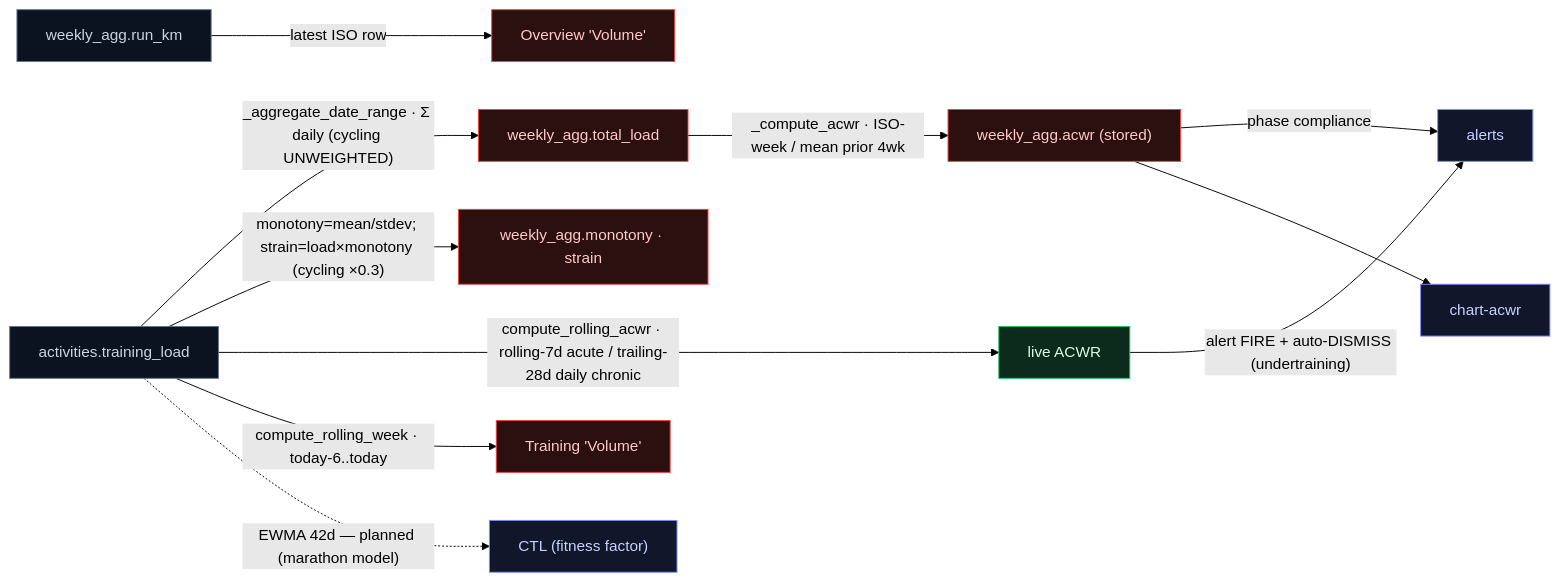
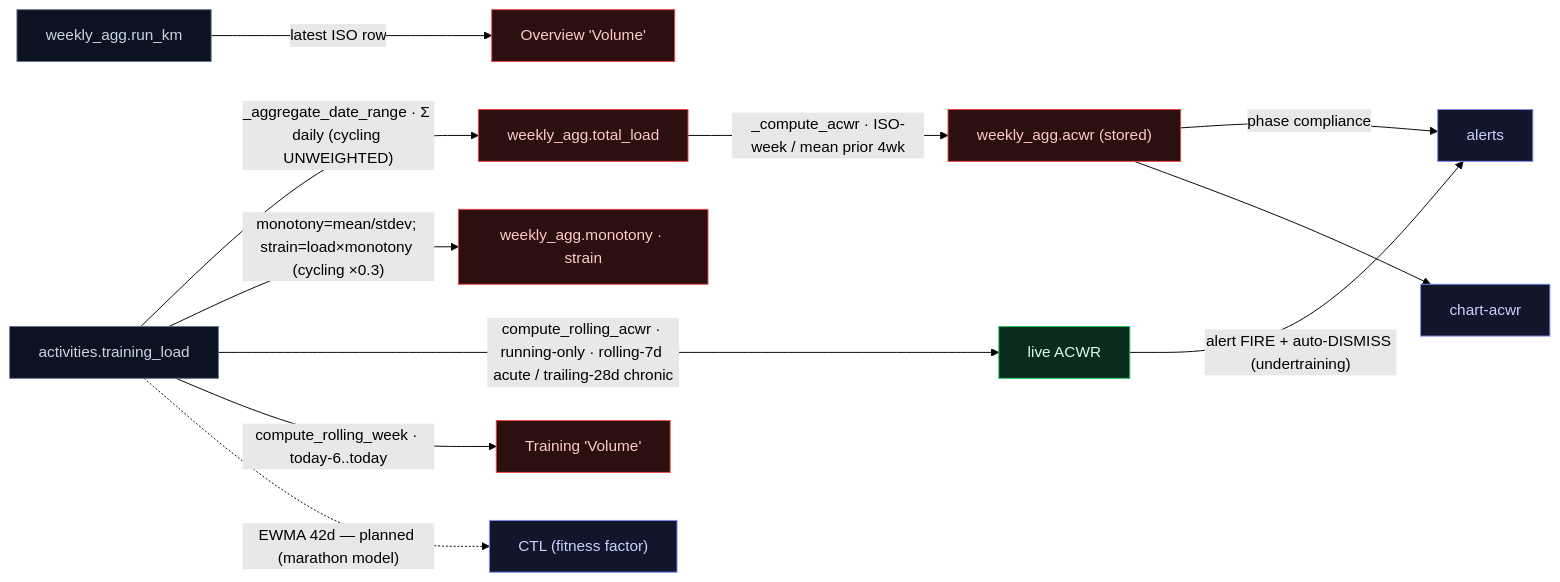
One commit to BigCrunsh/fit changed the third of 6 diagrams in DATA_LINEAGE.md. Above: the diagram before and after it, drawn with Mermaid (forest theme). The commit also changed other lines of this file and 2 other files, not shown here.

First line of the commit message:
fix(training_load): ACWR counts running only (exclude cross-training)

````diff
--- a/DATA_LINEAGE.md
+++ b/DATA_LINEAGE.md
@@ -133,19 +133,19 @@
 ```mermaid
 flowchart LR
   classDef src fill:#0b1220,stroke:#64748b,color:#cbd5e1
   classDef fn fill:#0c2b1c,stroke:#22c55e,color:#dcfce7
   classDef dup fill:#2c1010,stroke:#ef4444,color:#fecaca
   classDef out fill:#11162a,stroke:#818cf8,color:#c7d2fe
   TL["activities.training_load"]:::src
   TL -->|"_aggregate_date_range · Σ daily (cycling UNWEIGHTED)"| TOT["weekly_agg.total_load"]:::dup
   TL -->|"monotony=mean/stdev; strain=load×monotony (cycling ×0.3)"| STR["weekly_agg.monotony · strain"]:::dup
   TOT -->|"_compute_acwr · ISO-week / mean prior 4wk"| ACS["weekly_agg.acwr (stored)"]:::dup
-  TL -->|"compute_rolling_acwr · rolling-7d acute / trailing-28d daily chronic"| ACL["live ACWR"]:::fn
+  TL -->|"compute_rolling_acwr · running-only · rolling-7d acute / trailing-28d chronic"| ACL["live ACWR"]:::fn
   ACL -->|"alert FIRE + auto-DISMISS (undertraining)"| ALR["alerts"]:::out
   ACS -->|"phase compliance"| ALR
   ACS --> CHA["chart-acwr"]:::out
   RK["weekly_agg.run_km"]:::src
   RK -->|"latest ISO row"| OV["Overview 'Volume'"]:::dup
   TL -->|"compute_rolling_week · today-6..today"| TV["Training 'Volume'"]:::dup
   TL -.->|"EWMA 42d — planned (marathon model)"| CTL["CTL (fitness factor)"]:::out
 ```
````
